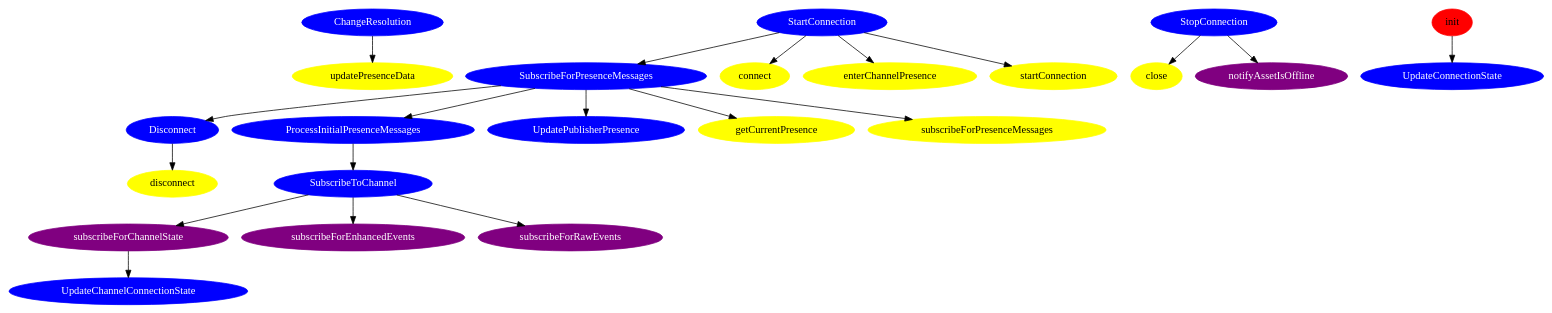
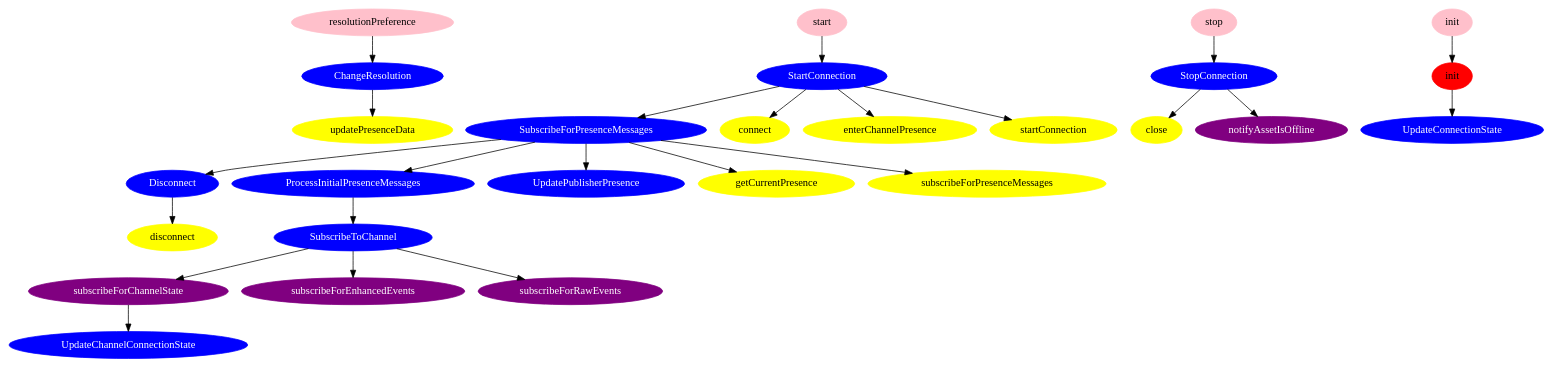
The diagram in documentation/subscriber.dot (ably/ably-asset-tracking-common), drawn with Graphviz before and after one commit. The commit also changed 1 other file, not shown here.

Commit message:
Document behaviour of DefaultSubscriber

```diff
--- a/documentation/subscriber.dot
+++ b/documentation/subscriber.dot
@@ -1,90 +1,110 @@
 digraph {
   subgraph workers {
     label = "Workers";
     node [style=filled, color=blue, fontcolor=white];
 
     // This is a list of all of the workers in the subscriber SDK
     ChangeResolution;
     Disconnect;
     ProcessInitialPresenceMessages;
     StartConnection;
     StopConnection;
     SubscribeForPresenceMessages;
     SubscribeToChannel;
     UpdateChannelConnectionState;
     UpdateConnectionState;
     UpdatePublisherPresence;
   }
 
   subgraph ably_wrapper {
     label = "Ably wrapper";
     node [style=filled, color=yellow];
 
     close;
     connect;
     disconnect;
     enterChannelPresence;
     getCurrentPresence;
     startConnection;
     subscribeForPresenceMessages;
     updatePresenceData;
   }
 
   subgraph CoreSubscriber_public_methods {
     label = "CoreSubscriber public methods";
     node [style=filled, color=red];
 
-    init;
+    CoreSubscriber_init [label = "init"];
+  }
+
+  subgraph DefaultSubscriber_public_methods {
+    label = "DefaultSubscriber public methods";
+    node [style=filled, color=pink];
+
+    DefaultSubscriber_init [label = "init"];
+    start;
+    resolutionPreference;
+    stop;
   }
 
   subgraph CoreSubscriber_SubscriberInteractor {
     label = "CoreSubscriber’s implementation of SubscriberInteractor"
     node [style=filled, color=purple, fontcolor=white];
 
     notifyAssetIsOffline;
     subscribeForChannelState;
     subscribeForEnhancedEvents;
     subscribeForRawEvents;
   }
 
   // Workers posted by workers
 
   ProcessInitialPresenceMessages -> SubscribeToChannel;
 
   StartConnection -> SubscribeForPresenceMessages;
 
   SubscribeForPresenceMessages -> Disconnect;
   SubscribeForPresenceMessages -> ProcessInitialPresenceMessages;
   SubscribeForPresenceMessages -> UpdatePublisherPresence;
 
   // Ably wrapper methods called by workers
 
   ChangeResolution -> updatePresenceData;
 
   Disconnect -> disconnect;
 
   StartConnection -> connect;
   StartConnection -> enterChannelPresence;
   StartConnection -> startConnection;
 
   StopConnection -> close;
 
   SubscribeForPresenceMessages -> getCurrentPresence;
   SubscribeForPresenceMessages -> subscribeForPresenceMessages;
 
   // SubscriberInteractor methods called by workers
 
   StopConnection -> notifyAssetIsOffline;
 
   SubscribeToChannel -> subscribeForChannelState;
   SubscribeToChannel -> subscribeForEnhancedEvents;
   SubscribeToChannel -> subscribeForRawEvents;
 
   // CoreSubscriber enqueued workers
 
   // This is currently done in a very simplistic way: doesn’t care about which methods call other methods inside this class
 
-  init -> UpdateConnectionState
+  CoreSubscriber_init -> UpdateConnectionState
 
   subscribeForChannelState -> UpdateChannelConnectionState
+
+  // DefaultSubscriber called methods
+
+  DefaultSubscriber_init -> CoreSubscriber_init;
+
+  // DefaultSubscriber enqueued workers (by calling core.enqueue)
+
+  start -> StartConnection;
+  resolutionPreference -> ChangeResolution;
+  stop -> StopConnection;
 }
```
